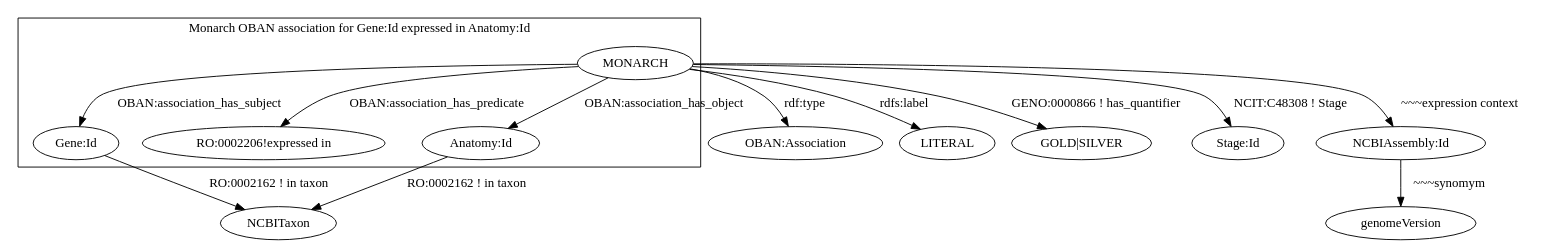
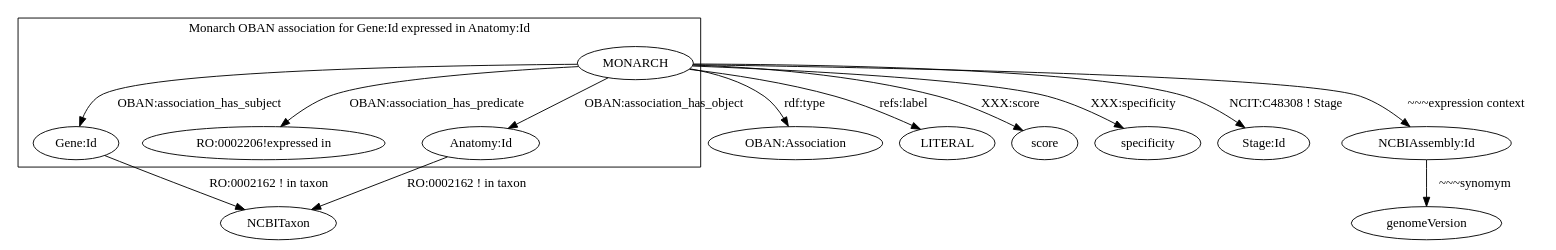
One commit to TomConlin/dipper changed the diagram in resources/bgee/bgee_datamodel_swag.gv. Above: the diagram before and after it, drawn with Graphviz. The commit also changed 27 other files, not shown here.

```diff
--- a/resources/bgee/bgee_datamodel_swag.gv
+++ b/resources/bgee/bgee_datamodel_swag.gv
@@ -1,22 +1,27 @@
 
 digraph{
     subgraph cluster_0 { // , ltail=cluster_0 , lhead=cluster_n
         label = "Monarch OBAN association for Gene:Id expressed in Anatomy:Id"
         MONARCH -> "Gene:Id" [label="OBAN:association_has_subject"];
         MONARCH -> "RO:0002206!expressed in" [label="OBAN:association_has_predicate"];
         MONARCH -> "Anatomy:Id" [label="OBAN:association_has_object"];
     }
 
     MONARCH -> "OBAN:Association" [label="rdf:type"];
-    MONARCH -> LITERAL [label="rdfs:label"];
-    MONARCH -> "GOLD|SILVER" [label="GENO:0000866 ! has_quantifier"];
+    MONARCH -> LITERAL [label="refs:label"];
+    # MONARCH -> "GOLD|SILVER" [label="GENO:0000866 ! has_quantifier"];
+    MONARCH -> "score"  [label="XXX:score"];
+    # MONARCH -> "rank"  [label="XXX:rank"];
+    MONARCH -> "specificity"  [label="XXX:specificity"];
+
+
 
     # may need different predicate
     MONARCH -> "Stage:Id" [label="NCIT:C48308 ! Stage"];
 
     # gene->taxon probably pre-exists via ncbigene.py ingest (for major species)
     "Gene:Id" -> NCBITaxon  [label="RO:0002162 ! in taxon"];
     "Anatomy:Id" ->  NCBITaxon [label="RO:0002162 ! in taxon"];
     MONARCH -> "NCBIAssembly:Id" [label="~~~expression context"];
     "NCBIAssembly:Id" -> "genomeVersion"  [label="~~~synomym"];
 }
```
